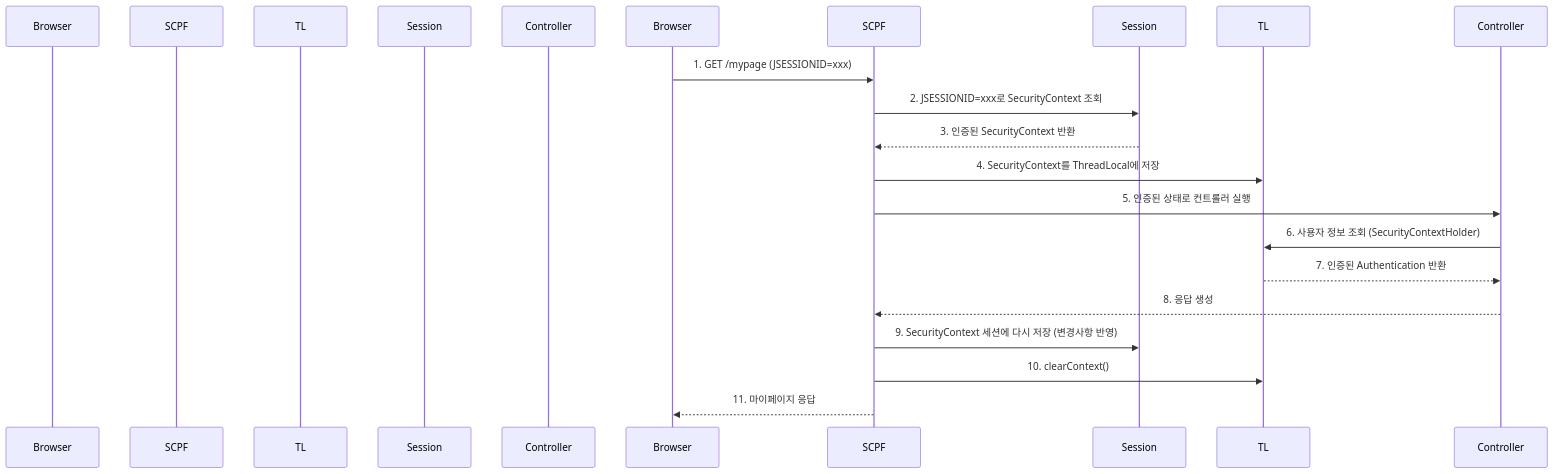
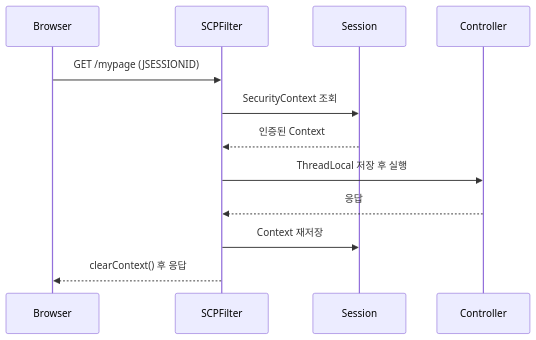
The fourth of 5 diagrams in _posts/security/2021-05-26-SecurityContextPersistentFilter.md (yjkim2015/yjkim2015.github.io), drawn with Mermaid before and after one commit. The commit also changed other lines of this file and 215 other files, not shown here.

First line of the commit message:
신규 포스트 10개 추가 + Mermaid 전면 축소 + SystemDesign 시리즈 보강

````diff
--- a/_posts/security/2021-05-26-SecurityContextPersistentFilter.md
+++ b/_posts/security/2021-05-26-SecurityContextPersistentFilter.md
@@ -83,20 +71,14 @@
 ```mermaid
 sequenceDiagram
-    participant "브라우저" as Browser
-    participant "SecurityContextPersistenceFilter" as SCPF
-    participant "ThreadLocal" as TL
-    participant "세션" as Session
-    participant "컨트롤러" as Controller
-
-    Browser->>SCPF: 1. GET /mypage (JSESSIONID=xxx)
-    SCPF->>Session: 2. JSESSIONID=xxx로 SecurityContext 조회
-    Session-->>SCPF: 3. 인증된 SecurityContext 반환
-    SCPF->>TL: 4. SecurityContext를 ThreadLocal에 저장
-    SCPF->>Controller: 5. 인증된 상태로 컨트롤러 실행
-    Controller->>TL: 6. 사용자 정보 조회 (SecurityContextHolder)
-    TL-->>Controller: 7. 인증된 Authentication 반환
-    Controller-->>SCPF: 8. 응답 생성
-    SCPF->>Session: 9. SecurityContext 세션에 다시 저장 (변경사항 반영)
-    SCPF->>TL: 10. clearContext()
-    SCPF-->>Browser: 11. 마이페이지 응답
+    participant Browser
+    participant SCPF as SCPFilter
+    participant Session
+    participant Controller
+    Browser->>SCPF: GET /mypage (JSESSIONID)
+    SCPF->>Session: SecurityContext 조회
+    Session-->>SCPF: 인증된 Context
+    SCPF->>Controller: ThreadLocal 저장 후 실행
+    Controller-->>SCPF: 응답
+    SCPF->>Session: Context 재저장
+    SCPF-->>Browser: clearContext() 후 응답
 ```
````
